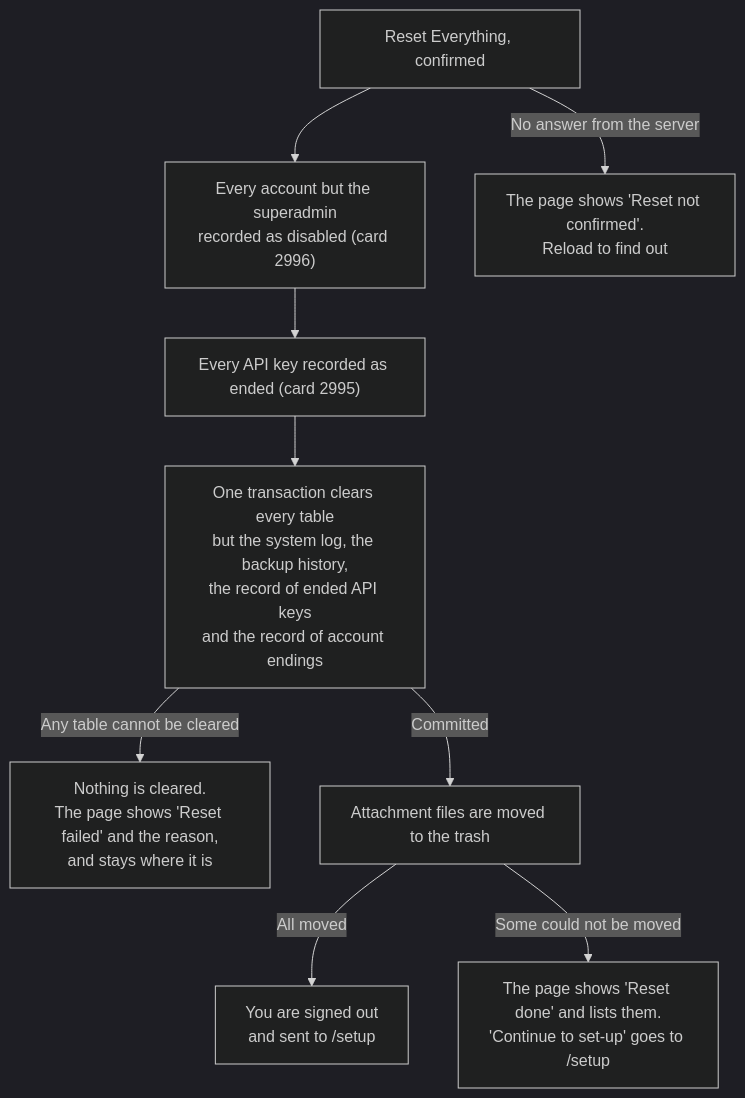
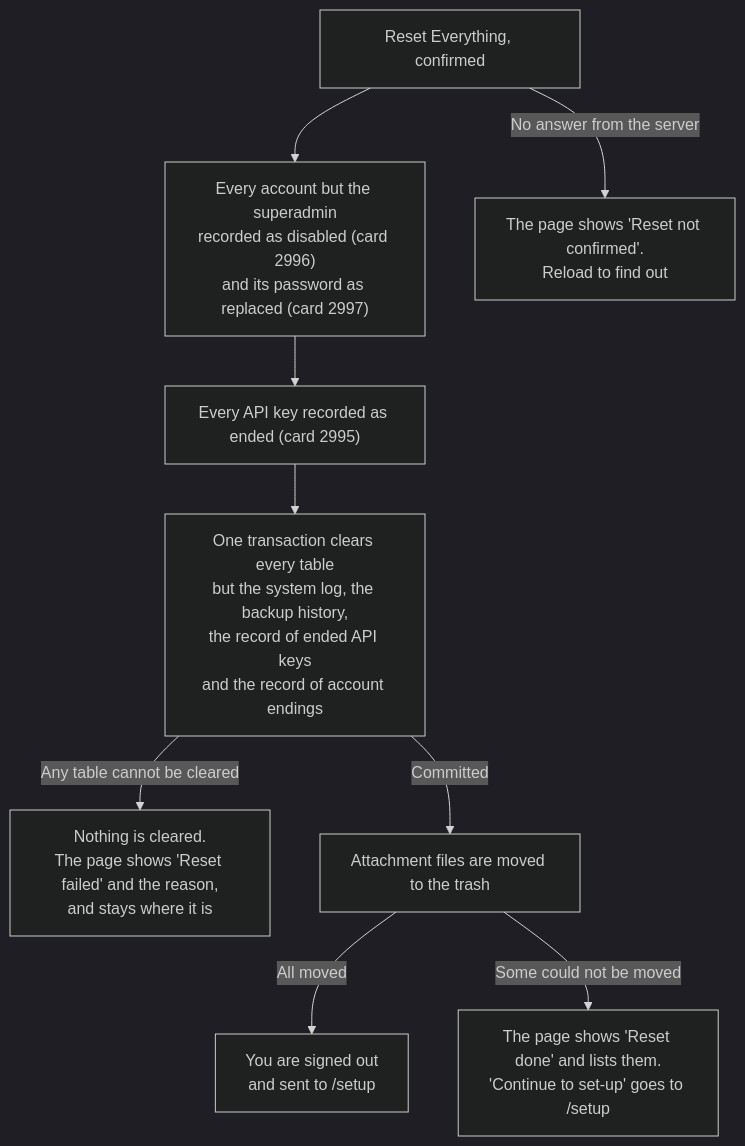
Diagram 22 of 23 in docs/admin-guide.md (gitBoon/DumpFire), drawn with Mermaid (dark theme) before and after one commit. The commit also changed other lines of this file and 38 other files, not shown here.

````diff
--- a/docs/admin-guide.md
+++ b/docs/admin-guide.md
@@ -1473,11 +1485,11 @@
 ```mermaid
 flowchart TD
-    Click["Reset Everything, confirmed"] --> Acc["Every account but the superadmin<br/>recorded as disabled (card 2996)"]
+    Click["Reset Everything, confirmed"] --> Acc["Every account but the superadmin<br/>recorded as disabled (card 2996)<br/>and its password as replaced (card 2997)"]
     Acc --> Rec["Every API key recorded as ended (card 2995)"]
     Rec --> Tx["One transaction clears every table<br/>but the system log, the backup history,<br/>the record of ended API keys<br/>and the record of account endings"]
     Tx -->|"Any table cannot be cleared"| Fail["Nothing is cleared.<br/>The page shows 'Reset failed' and the reason,<br/>and stays where it is"]
     Tx -->|"Committed"| Files["Attachment files are moved to the trash"]
     Files -->|"All moved"| Setup["You are signed out<br/>and sent to /setup"]
     Files -->|"Some could not be moved"| Notice["The page shows 'Reset done' and lists them.<br/>'Continue to set-up' goes to /setup"]
     Click -->|"No answer from the server"| Unknown["The page shows 'Reset not confirmed'.<br/>Reload to find out"]
 ```
````
